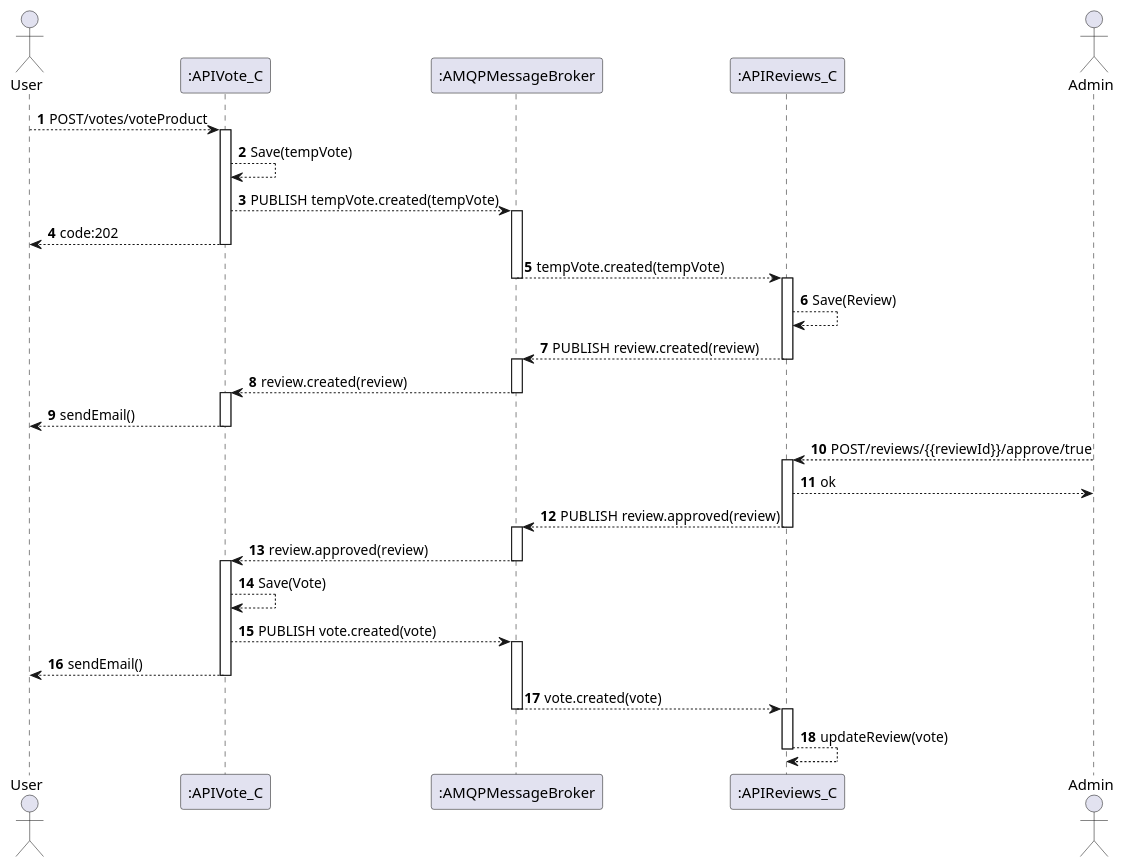
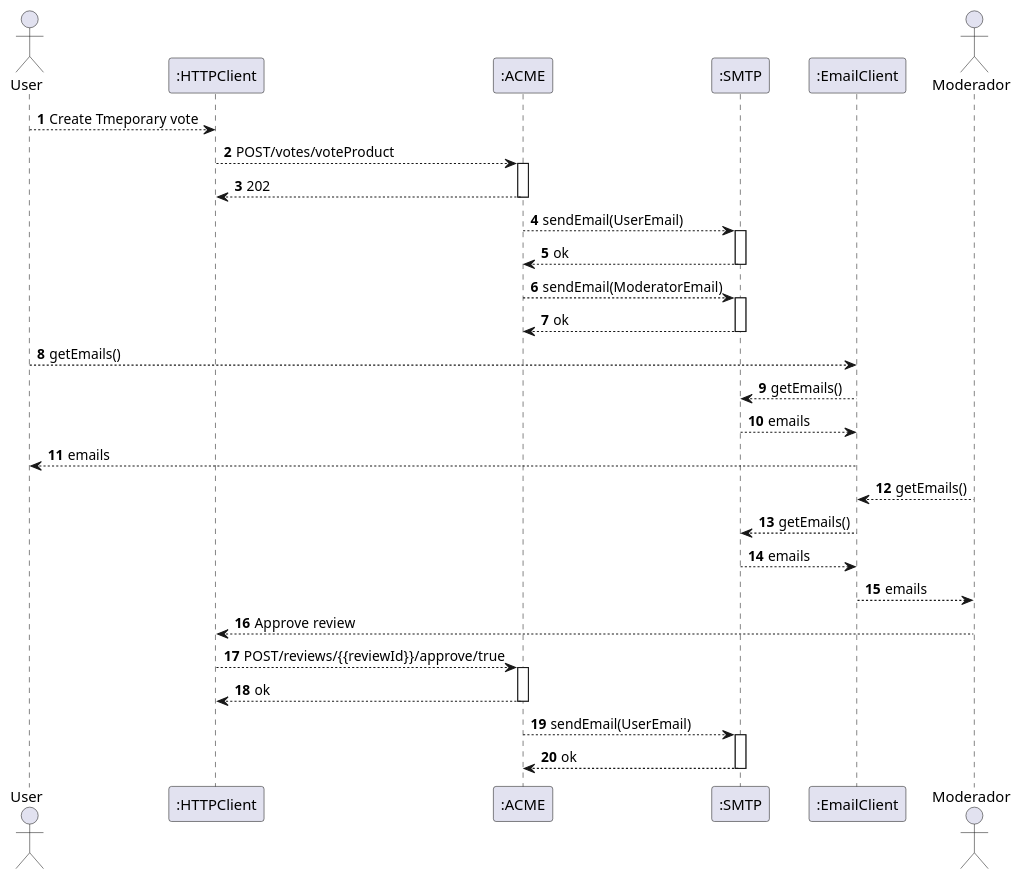
The diagram in Vote1_C/Documentação/N1/CreateVoteWithoutReview.puml (1201441BrunoPereira/Trabalho2Votes), drawn with PlantUML before and after one commit. The commit also changed 1 other file, not shown here.

```diff
--- a/Vote1_C/Documentação/N1/CreateVoteWithoutReview.puml
+++ b/Vote1_C/Documentação/N1/CreateVoteWithoutReview.puml
@@ -1,55 +1,48 @@
 @startuml
 'https://plantuml.com/sequence-diagram
-
 
 autonumber
 
 actor "User" as User
-participant ":APIVote_C" as vc
-participant ":AMQPMessageBroker" as amqp
-participant ":APIReviews_C" as rc
-actor "Admin" as admin
+participant ":HTTPClient" as http
+participant ":ACME" as acme
+participant ":SMTP" as smt
+participant ":EmailClient" as email
+actor "Moderador" as mod
 
 
+User --> http: Create Tmeporary vote
+http --> acme: POST/votes/voteProduct
+activate acme
+acme --> http: 202
+deactivate acme
+acme --> smt: sendEmail(UserEmail)
+activate smt
+smt --> acme: ok
+deactivate smt
+acme --> smt: sendEmail(ModeratorEmail)
+activate smt
+smt --> acme: ok
+deactivate smt
 
-User --> vc: POST/votes/voteProduct
-activate vc
-vc --> vc: Save(tempVote)
-vc --> amqp: PUBLISH tempVote.created(tempVote)
-activate amqp
-vc --> User: code:202
-deactivate vc
-amqp --> rc: tempVote.created(tempVote)
-deactivate amqp
-activate rc
-rc --> rc: Save(Review)
-rc --> amqp: PUBLISH review.created(review)
-deactivate rc
-activate amqp
-amqp --> vc: review.created(review)
-deactivate amqp
-activate vc
-vc --> User: sendEmail()
-deactivate vc
-admin --> rc: POST/reviews/{{reviewId}}/approve/true
-activate rc
-rc --> admin: ok
-rc --> amqp: PUBLISH review.approved(review)
-deactivate rc
-activate amqp
-amqp --> vc: review.approved(review)
-deactivate amqp
-activate vc
-vc --> vc: Save(Vote)
-vc --> amqp: PUBLISH vote.created(vote)
-activate amqp
-vc --> User: sendEmail()
-deactivate vc
-deactivate User
-amqp --> rc: vote.created(vote)
-deactivate amqp
-activate rc
-rc --> rc: updateReview(vote)
-deactivate rc
+User --> email: getEmails()
+email --> smt: getEmails()
+smt --> email: emails
+email --> User: emails
+
+
+mod --> email: getEmails()
+email --> smt: getEmails()
+smt --> email: emails
+email --> mod: emails
+mod --> http: Approve review
+http --> acme: POST/reviews/{{reviewId}}/approve/true
+activate acme
+acme --> http: ok
+deactivate acme
+acme --> smt: sendEmail(UserEmail)
+activate smt
+smt --> acme: ok
+deactivate smt
 
 @enduml
```
